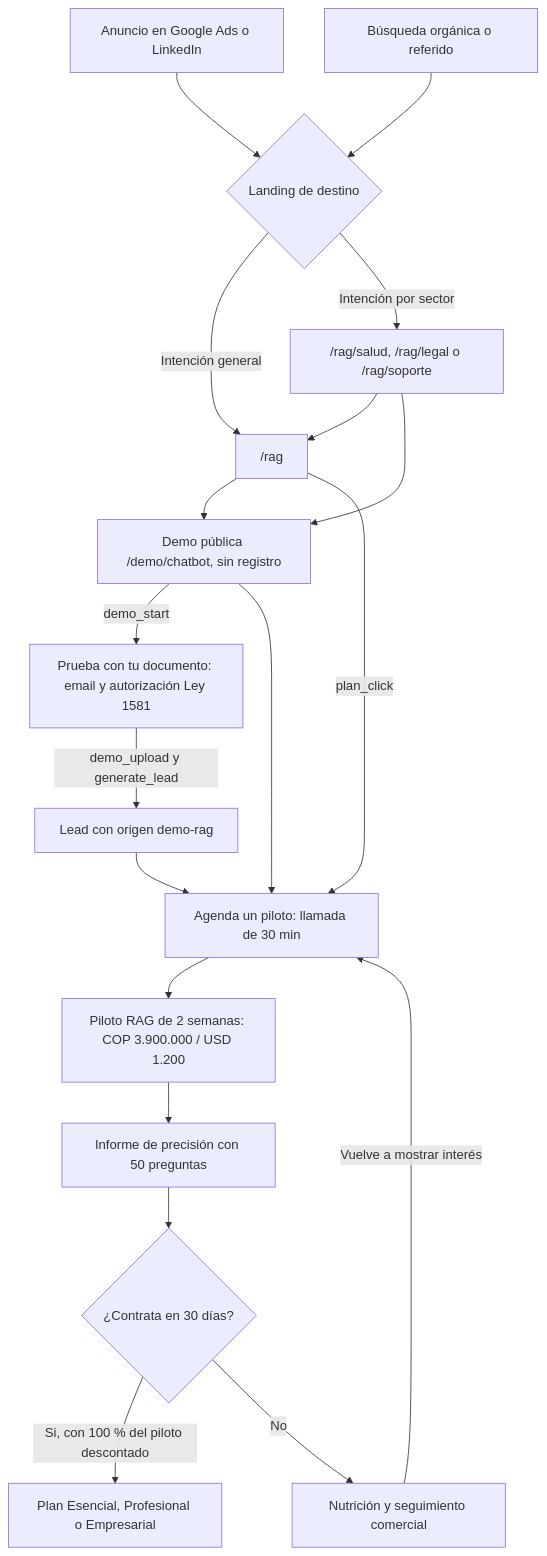
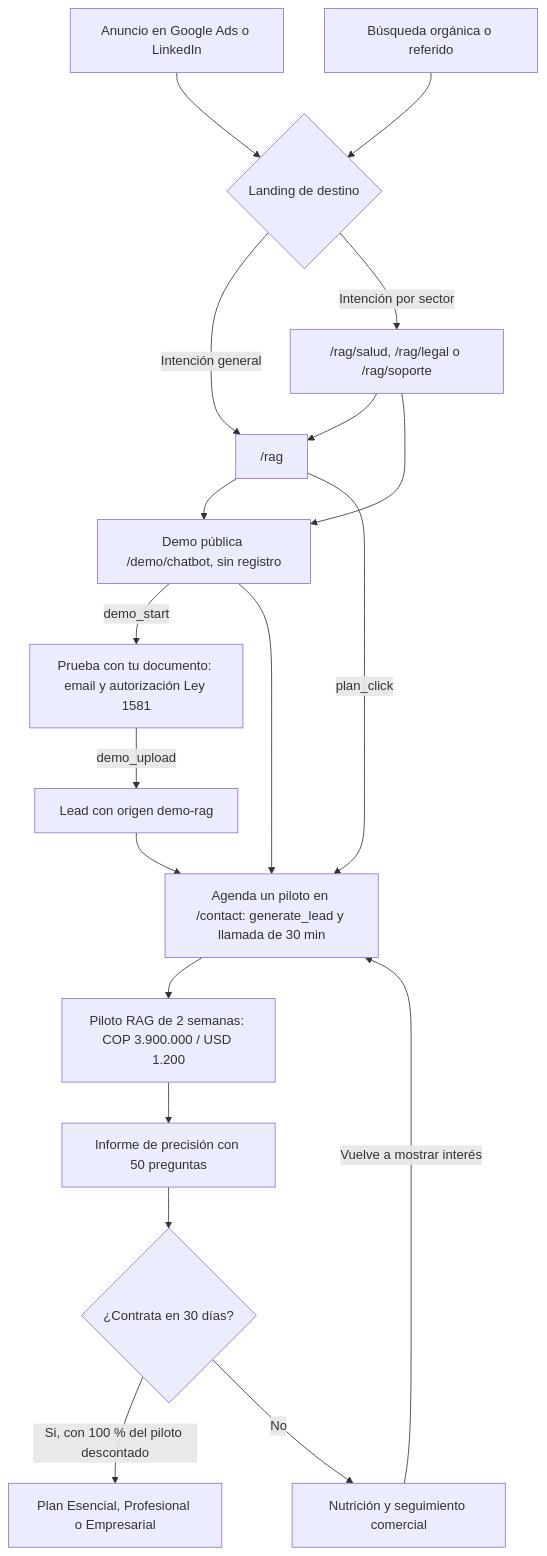
One commit to ronalc90/koptup changed the first of 2 diagrams in docs/wiki/13-Reposicionamiento-RAG.md. Above: the diagram before and after it, drawn with Mermaid. The commit also changed other lines of this file and 16 other files, not shown here.

````diff
--- a/docs/wiki/13-Reposicionamiento-RAG.md
+++ b/docs/wiki/13-Reposicionamiento-RAG.md
@@ -38,21 +39,21 @@
 ```mermaid
 flowchart TD
   AD["Anuncio en Google Ads o LinkedIn"] --> LP{"Landing de destino"}
   ORG["Búsqueda orgánica o referido"] --> LP
   LP -->|"Intención general"| R["/rag"]
   LP -->|"Intención por sector"| S["/rag/salud, /rag/legal o /rag/soporte"]
   S --> R
   R --> DP["Demo pública /demo/chatbot, sin registro"]
   S --> DP
   DP -->|"demo_start"| UP["Prueba con tu documento: email y autorización Ley 1581"]
-  UP -->|"demo_upload y generate_lead"| LEAD["Lead con origen demo-rag"]
-  LEAD --> AG["Agenda un piloto: llamada de 30 min"]
+  UP -->|"demo_upload"| LEAD["Lead con origen demo-rag"]
+  LEAD --> AG["Agenda un piloto en /contact: generate_lead y llamada de 30 min"]
   R -->|"plan_click"| AG
   DP --> AG
   AG --> PI["Piloto RAG de 2 semanas: COP 3.900.000 / USD 1.200"]
   PI --> INF["Informe de precisión con 50 preguntas"]
   INF --> PL{"¿Contrata en 30 días?"}
   PL -->|"Si, con 100 % del piloto descontado"| PLAN["Plan Esencial, Profesional o Empresarial"]
   PL -->|"No"| NUT["Nutrición y seguimiento comercial"]
   NUT -->|"Vuelve a mostrar interés"| AG
 ```
````
